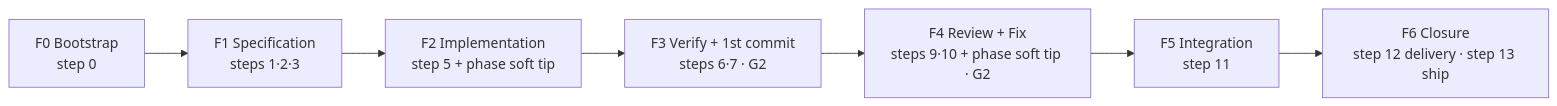
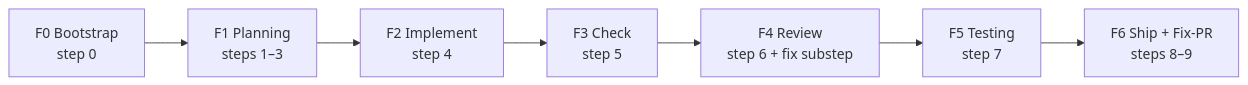
Before and after one commit to jpolvora/workflow-skills: the first of 6 diagrams in .agents/skills/spec-to-pr/DIAGRAM.md, drawn with Mermaid. The commit also changed other lines of this file and 56 other files, not shown here.

````diff
--- a/.agents/skills/spec-to-pr/DIAGRAM.md
+++ b/.agents/skills/spec-to-pr/DIAGRAM.md
@@ -13,9 +9,9 @@
 ```mermaid
 flowchart LR
-  F0[F0 Bootstrap<br/>step 0] --> F1[F1 Specification<br/>steps 1·2·3]
-  F1 --> F2[F2 Implementation<br/>step 5 + phase soft tip]
-  F2 --> F3[F3 Verify + 1st commit<br/>steps 6·7 · G2]
-  F3 --> F4[F4 Review + Fix<br/>steps 9·10 + phase soft tip · G2]
-  F4 --> F5[F5 Integration<br/>step 11]
-  F5 --> F6[F6 Closure<br/>step 12 delivery · step 13 ship]
+  F0[F0 Bootstrap<br/>step 0] --> F1[F1 Planning<br/>steps 1–3]
+  F1 --> F2[F2 Implement<br/>step 4]
+  F2 --> F3[F3 Check<br/>step 5]
+  F3 --> F4[F4 Review<br/>step 6 + fix substep]
+  F4 --> F5[F5 Testing<br/>step 7]
+  F5 --> F6[F6 Ship + Fix-PR<br/>steps 8–9]
 ```
````
